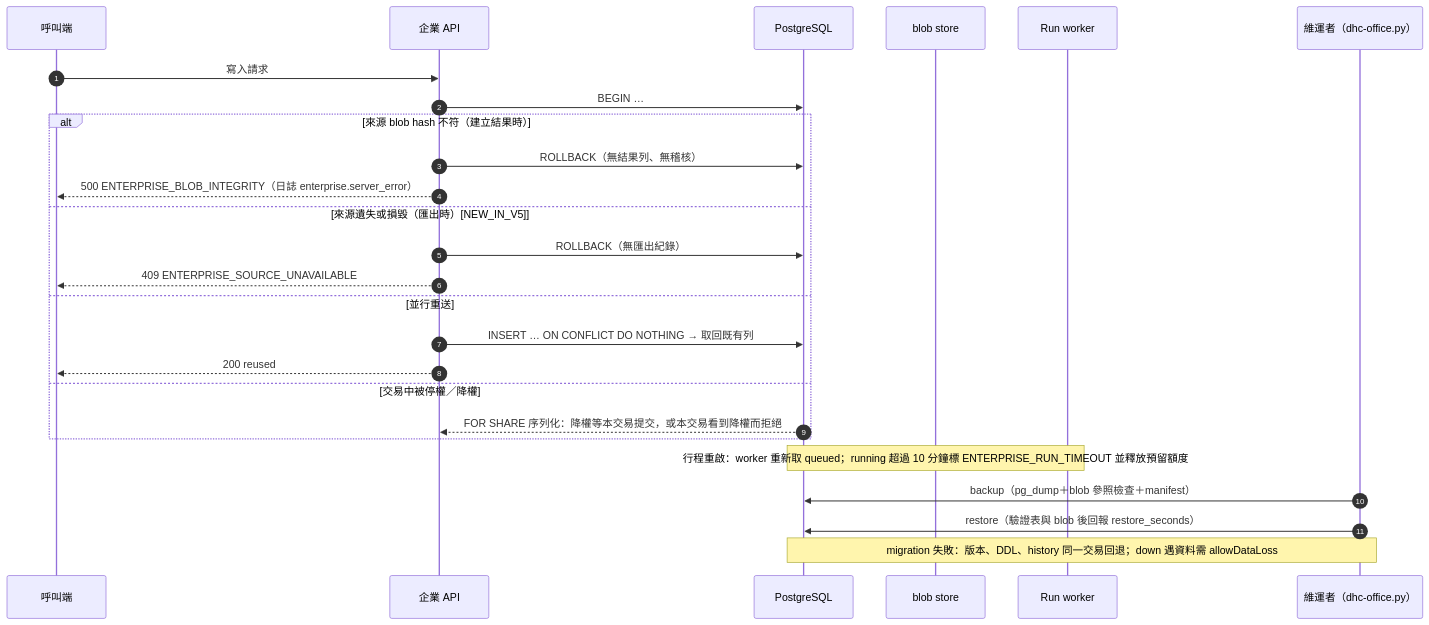
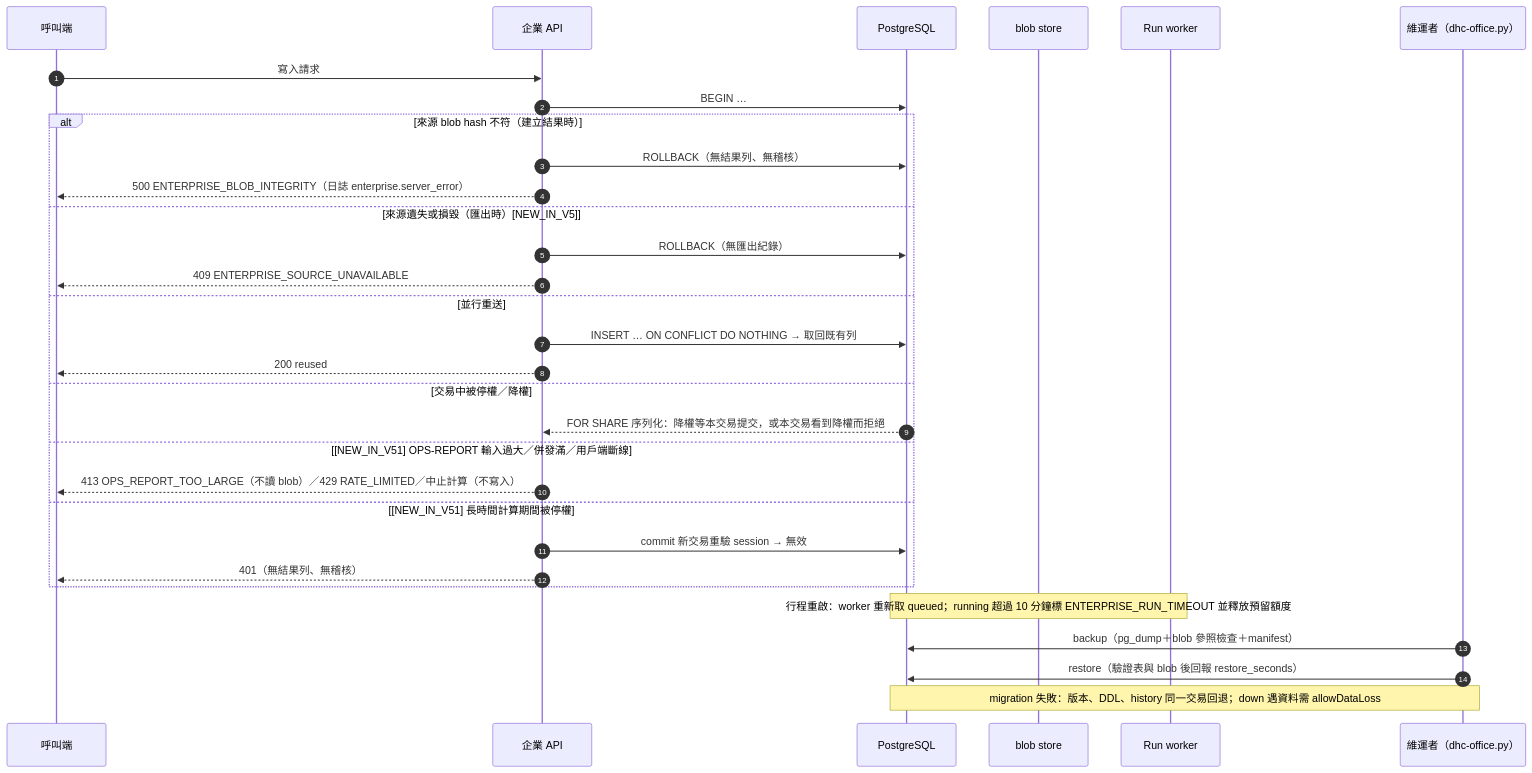
The diagram in web-ui/docs/enterprise/architecture/FAILURE_RECOVERY_SEQUENCE.mmd (hades60414-sys/DHC-AI-SYSTEM), drawn with Mermaid before and after one commit. The commit also changed 11 other files, not shown here.

First line of the commit message:
docs(enterprise): V5.1 architecture delta and roadmap (NEW_IN_V51)

```diff
--- a/web-ui/docs/enterprise/architecture/FAILURE_RECOVERY_SEQUENCE.mmd
+++ b/web-ui/docs/enterprise/architecture/FAILURE_RECOVERY_SEQUENCE.mmd
@@ -1,27 +1,32 @@
 %% 故障與恢復路徑（CURRENT／NEW_IN_V5）。
 sequenceDiagram
   autonumber
   participant C as 呼叫端
   participant API as 企業 API
   participant DB as PostgreSQL
   participant BL as blob store
   participant W as Run worker
   participant OP as 維運者（dhc-office.py）
   C->>API: 寫入請求
   API->>DB: BEGIN …
   alt 來源 blob hash 不符（建立結果時）
     API->>DB: ROLLBACK（無結果列、無稽核）
     API-->>C: 500 ENTERPRISE_BLOB_INTEGRITY（日誌 enterprise.server_error）
   else 來源遺失或損毀（匯出時）[NEW_IN_V5]
     API->>DB: ROLLBACK（無匯出紀錄）
     API-->>C: 409 ENTERPRISE_SOURCE_UNAVAILABLE
   else 並行重送
     API->>DB: INSERT … ON CONFLICT DO NOTHING → 取回既有列
     API-->>C: 200 reused
   else 交易中被停權／降權
     DB-->>API: FOR SHARE 序列化：降權等本交易提交，或本交易看到降權而拒絕
+  else [NEW_IN_V51] OPS-REPORT 輸入過大／併發滿／用戶端斷線
+    API-->>C: 413 OPS_REPORT_TOO_LARGE（不讀 blob）／429 RATE_LIMITED／中止計算（不寫入）
+  else [NEW_IN_V51] 長時間計算期間被停權
+    API->>DB: commit 新交易重驗 session → 無效
+    API-->>C: 401（無結果列、無稽核）
   end
   Note over W,DB: 行程重啟：worker 重新取 queued；running 超過 10 分鐘標 ENTERPRISE_RUN_TIMEOUT 並釋放預留額度
   OP->>DB: backup（pg_dump＋blob 參照檢查＋manifest）
   OP->>DB: restore（驗證表與 blob 後回報 restore_seconds）
   Note over OP,DB: migration 失敗：版本、DDL、history 同一交易回退；down 遇資料需 allowDataLoss
```
